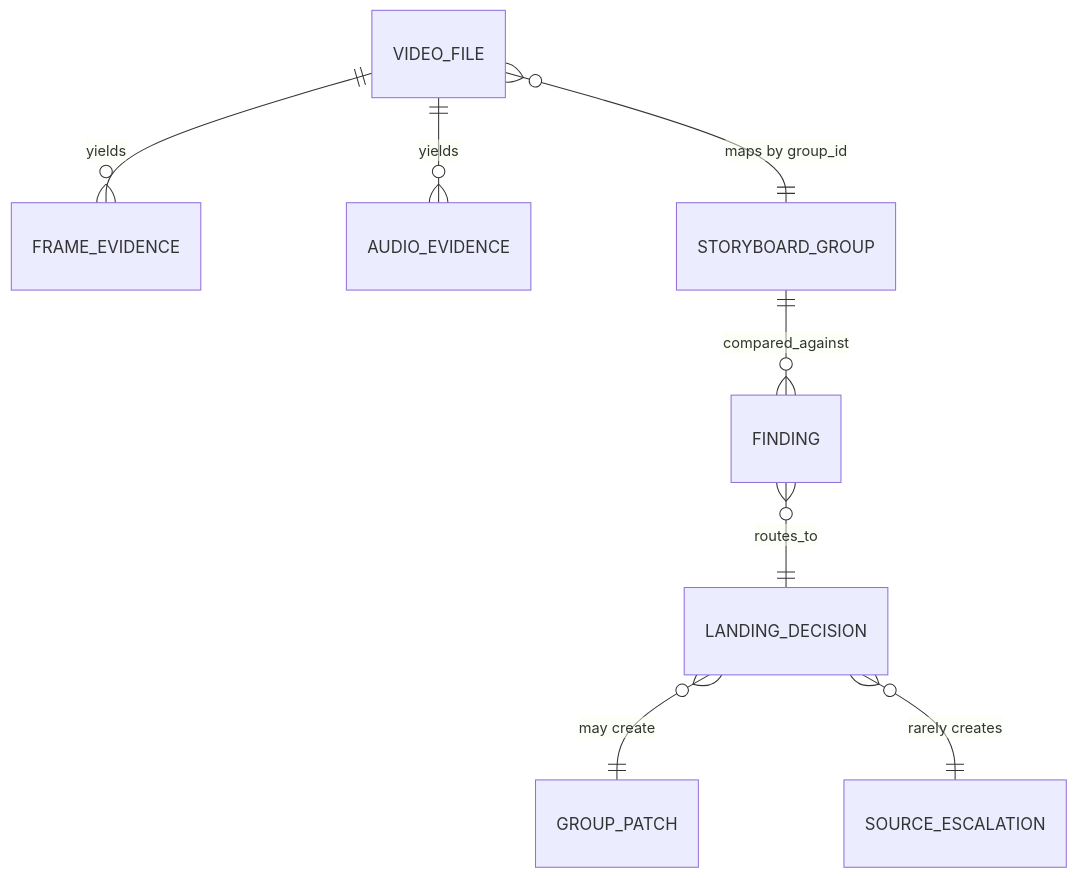
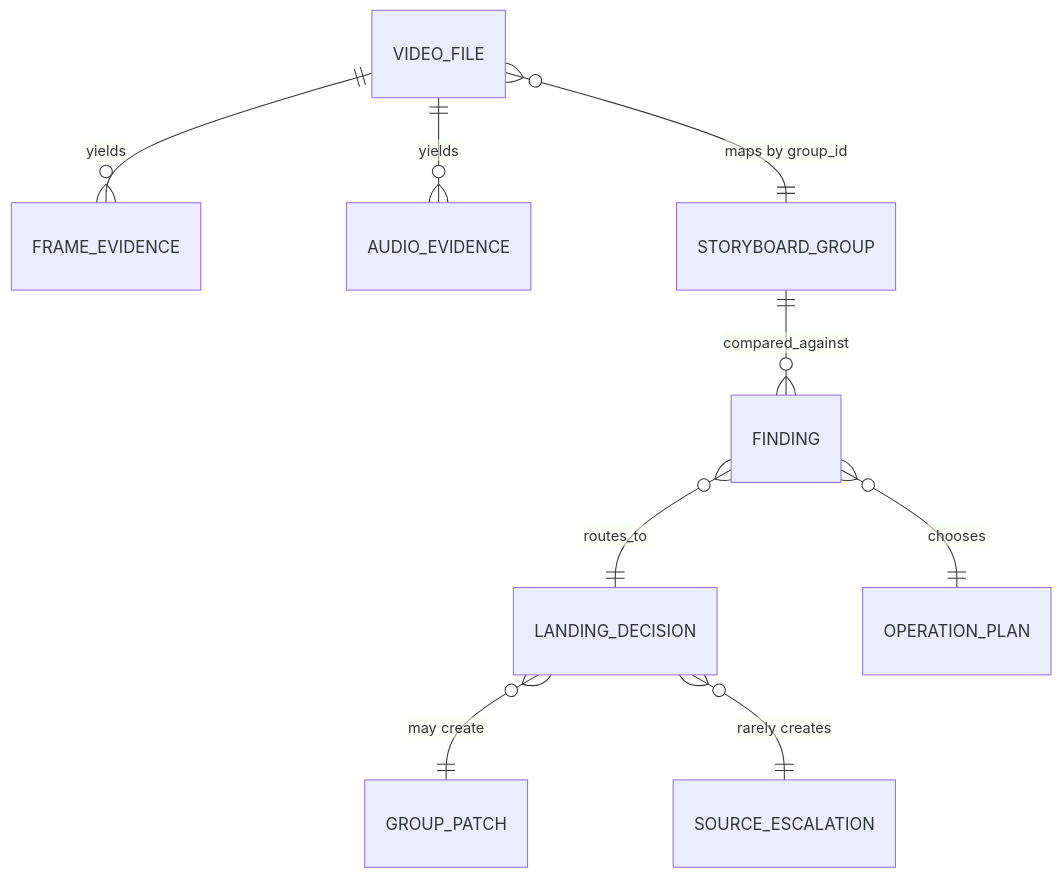
One commit to ZEN-VOID/AI-CUT changed the fourth of 4 diagrams in .agents/skills/aigc/9-审片/SKILL.md. Above: the diagram before and after it, drawn with Mermaid. The commit also changed other lines of this file and 31 other files, not shown here.

````diff
--- a/.agents/skills/aigc/9-审片/SKILL.md
+++ b/.agents/skills/aigc/9-审片/SKILL.md
@@ -189,10 +212,11 @@
 ```mermaid
 erDiagram
     VIDEO_FILE ||--o{ FRAME_EVIDENCE : yields
     VIDEO_FILE ||--o{ AUDIO_EVIDENCE : yields
     VIDEO_FILE }o--|| STORYBOARD_GROUP : "maps by group_id"
     STORYBOARD_GROUP ||--o{ FINDING : compared_against
     FINDING }o--|| LANDING_DECISION : routes_to
+    FINDING }o--|| OPERATION_PLAN : "chooses"
     LANDING_DECISION }o--|| GROUP_PATCH : "may create"
     LANDING_DECISION }o--|| SOURCE_ESCALATION : "rarely creates"
 ```
````
